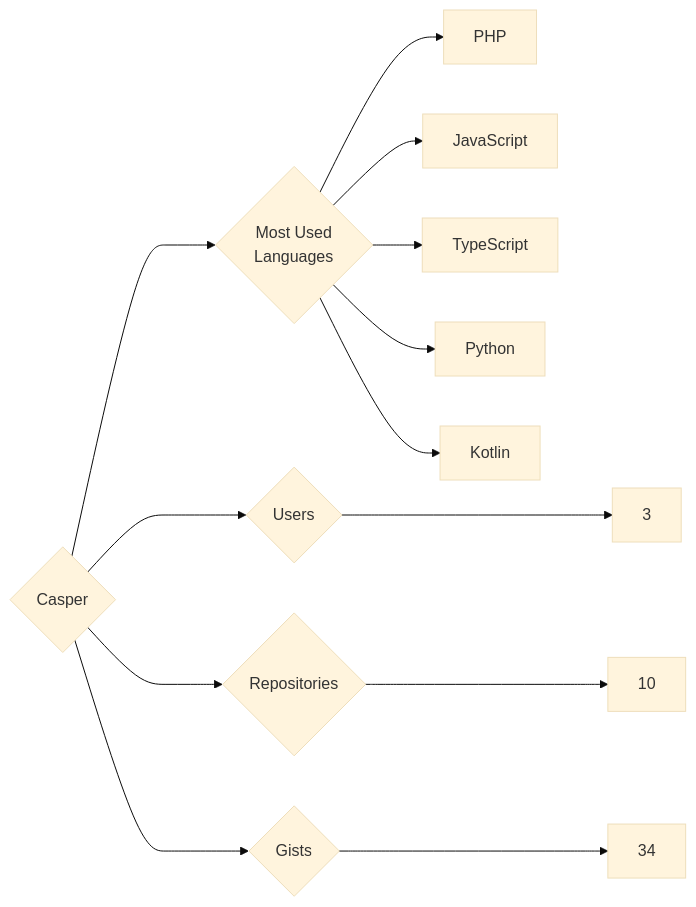
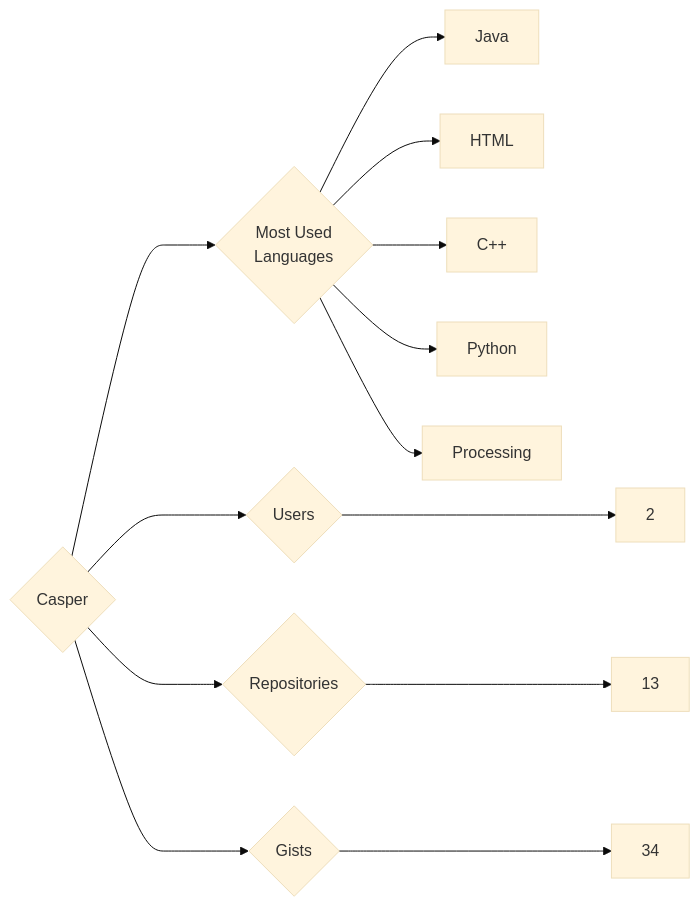
Before and after one commit to trickest/insiders: the diagram in targets/Casper/README.md, drawn with Mermaid (base theme). The commit also changed 1148 other files, not shown here.

````diff
--- a/targets/Casper/README.md
+++ b/targets/Casper/README.md
@@ -3,13 +3,13 @@
 ```mermaid
 graph LR
 COMPANY_NAME{Casper}
-COMPANY_NAME ---> U{Users} ---> UN[3]
-COMPANY_NAME ---> R{Repositories} ---> RN[10]
+COMPANY_NAME ---> U{Users} ---> UN[2]
+COMPANY_NAME ---> R{Repositories} ---> RN[13]
 COMPANY_NAME ---> G{Gists} ---> GN[34]
 COMPANY_NAME ---> ML{Most Used<br>Languages}
-ML --> PHP[PHP]
-ML --> JavaScript[JavaScript]
-ML --> TypeScript[TypeScript]
+ML --> Java[Java]
+ML --> HTML[HTML]
+ML --> C++[C++]
 ML --> Python[Python]
-ML --> Kotlin[Kotlin]
+ML --> Processing[Processing]
 ```
````
